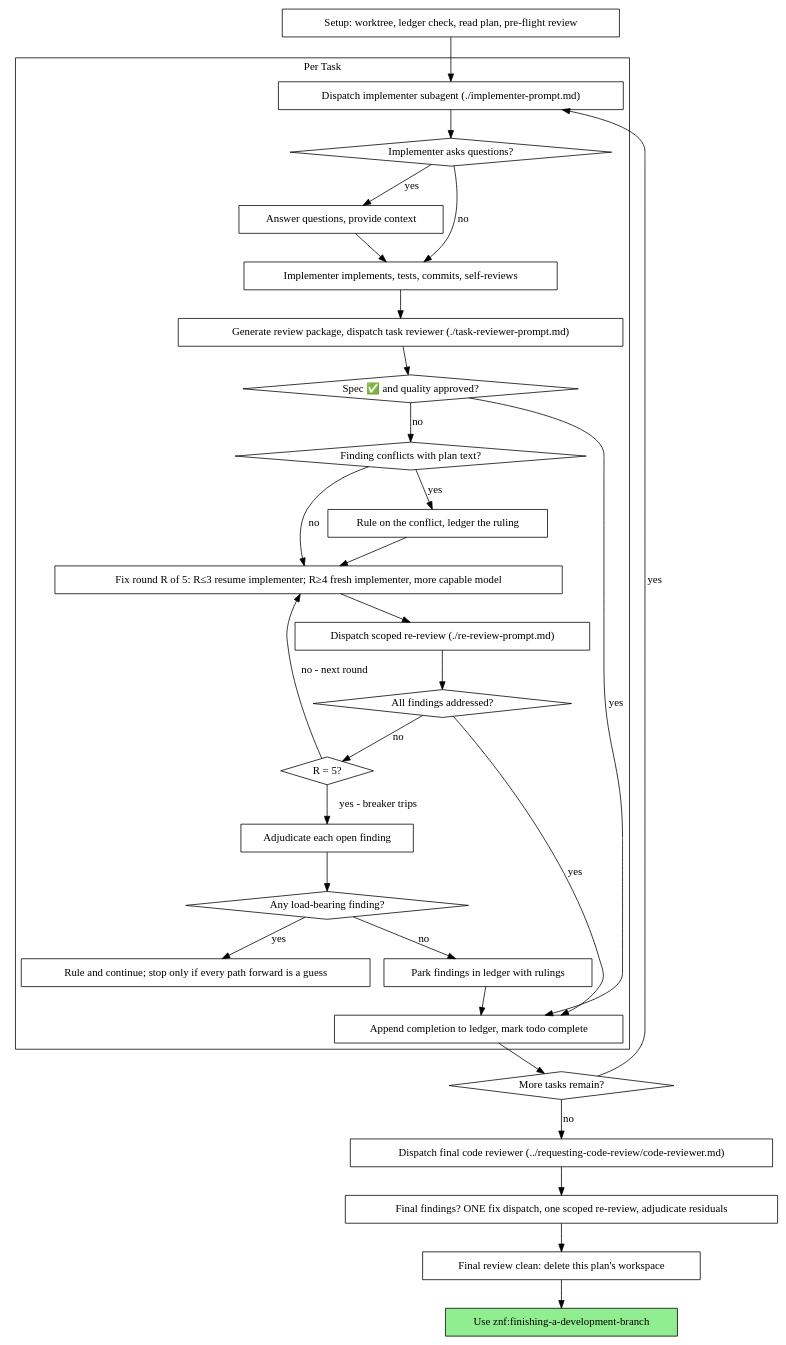
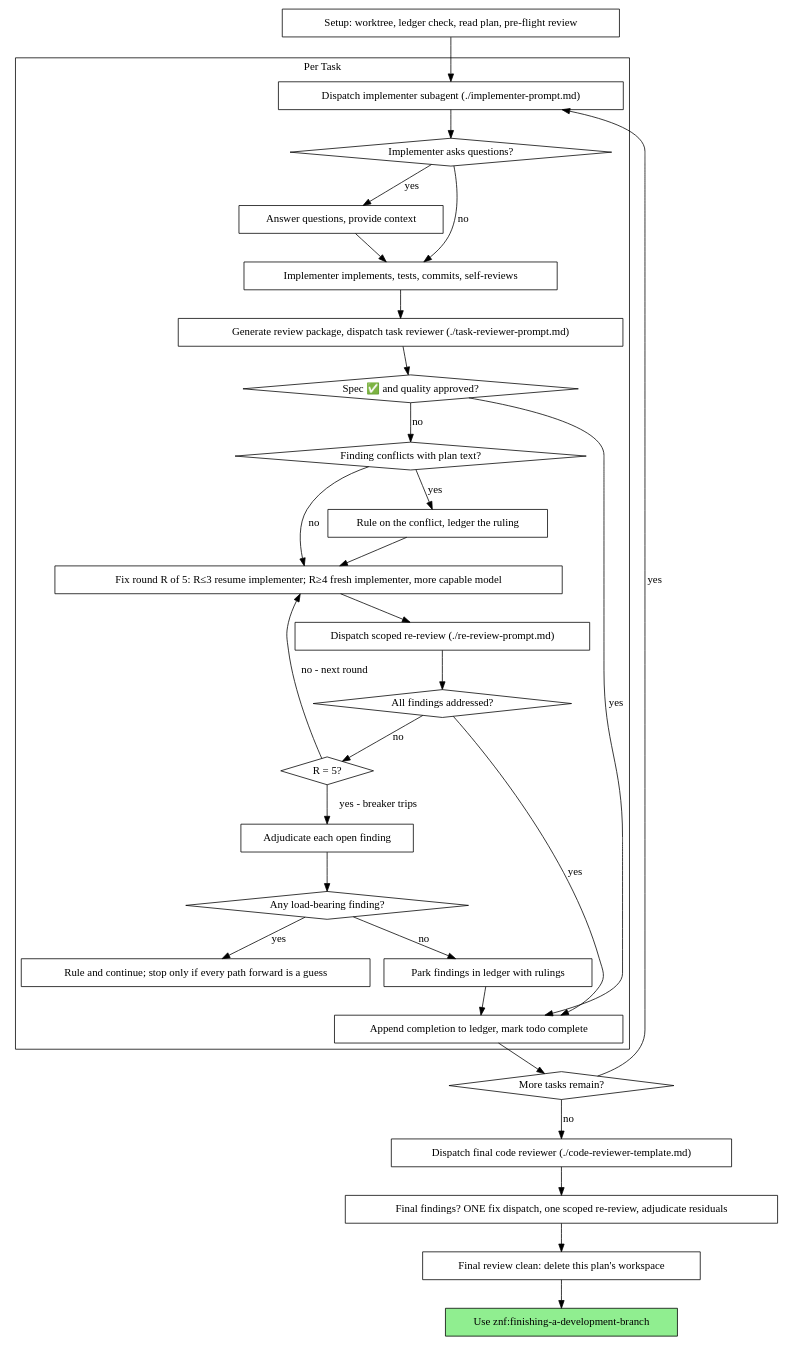
The second of 2 diagrams in internal/plugin/assets/znf/skills/subagent-driven-development/references/diagrams.md (ZenifyAIContactCenter/zenify-kit), drawn with Graphviz before and after one commit. The commit also changed 30 other files, not shown here.

Commit message:
refactor(plugin): unship 7 generic skills; code-reviewer template moves into subagent-driven-development

````diff
--- a/internal/plugin/assets/znf/skills/subagent-driven-development/references/diagrams.md
+++ b/internal/plugin/assets/znf/skills/subagent-driven-development/references/diagrams.md
@@ -33,62 +33,62 @@
 ```dot
 digraph process {
     rankdir=TB;
 
     subgraph cluster_per_task {
         label="Per Task";
         "Dispatch implementer subagent (./implementer-prompt.md)" [shape=box];
         "Implementer asks questions?" [shape=diamond];
         "Answer questions, provide context" [shape=box];
         "Implementer implements, tests, commits, self-reviews" [shape=box];
         "Generate review package, dispatch task reviewer (./task-reviewer-prompt.md)" [shape=box];
         "Spec ✅ and quality approved?" [shape=diamond];
         "Finding conflicts with plan text?" [shape=diamond];
         "Rule on the conflict, ledger the ruling" [shape=box];
         "Fix round R of 5: R≤3 resume implementer; R≥4 fresh implementer, more capable model" [shape=box];
         "Dispatch scoped re-review (./re-review-prompt.md)" [shape=box];
         "All findings addressed?" [shape=diamond];
         "R = 5?" [shape=diamond];
         "Adjudicate each open finding" [shape=box];
         "Any load-bearing finding?" [shape=diamond];
         "Rule and continue; stop only if every path forward is a guess" [shape=box];
         "Park findings in ledger with rulings" [shape=box];
         "Append completion to ledger, mark todo complete" [shape=box];
     }
 
     "Setup: worktree, ledger check, read plan, pre-flight review" [shape=box];
     "More tasks remain?" [shape=diamond];
-    "Dispatch final code reviewer (../requesting-code-review/code-reviewer.md)" [shape=box];
+    "Dispatch final code reviewer (./code-reviewer-template.md)" [shape=box];
     "Final findings? ONE fix dispatch, one scoped re-review, adjudicate residuals" [shape=box];
     "Final review clean: delete this plan's workspace" [shape=box];
     "Use znf:finishing-a-development-branch" [shape=box style=filled fillcolor=lightgreen];
 
     "Setup: worktree, ledger check, read plan, pre-flight review" -> "Dispatch implementer subagent (./implementer-prompt.md)";
     "Dispatch implementer subagent (./implementer-prompt.md)" -> "Implementer asks questions?";
     "Implementer asks questions?" -> "Answer questions, provide context" [label="yes"];
     "Answer questions, provide context" -> "Implementer implements, tests, commits, self-reviews";
     "Implementer asks questions?" -> "Implementer implements, tests, commits, self-reviews" [label="no"];
     "Implementer implements, tests, commits, self-reviews" -> "Generate review package, dispatch task reviewer (./task-reviewer-prompt.md)";
     "Generate review package, dispatch task reviewer (./task-reviewer-prompt.md)" -> "Spec ✅ and quality approved?";
     "Spec ✅ and quality approved?" -> "Append completion to ledger, mark todo complete" [label="yes"];
     "Spec ✅ and quality approved?" -> "Finding conflicts with plan text?" [label="no"];
     "Finding conflicts with plan text?" -> "Rule on the conflict, ledger the ruling" [label="yes"];
     "Rule on the conflict, ledger the ruling" -> "Fix round R of 5: R≤3 resume implementer; R≥4 fresh implementer, more capable model";
     "Finding conflicts with plan text?" -> "Fix round R of 5: R≤3 resume implementer; R≥4 fresh implementer, more capable model" [label="no"];
     "Fix round R of 5: R≤3 resume implementer; R≥4 fresh implementer, more capable model" -> "Dispatch scoped re-review (./re-review-prompt.md)";
     "Dispatch scoped re-review (./re-review-prompt.md)" -> "All findings addressed?";
     "All findings addressed?" -> "Append completion to ledger, mark todo complete" [label="yes"];
     "All findings addressed?" -> "R = 5?" [label="no"];
     "R = 5?" -> "Fix round R of 5: R≤3 resume implementer; R≥4 fresh implementer, more capable model" [label="no - next round"];
     "R = 5?" -> "Adjudicate each open finding" [label="yes - breaker trips"];
     "Adjudicate each open finding" -> "Any load-bearing finding?";
     "Any load-bearing finding?" -> "Rule and continue; stop only if every path forward is a guess" [label="yes"];
     "Any load-bearing finding?" -> "Park findings in ledger with rulings" [label="no"];
     "Park findings in ledger with rulings" -> "Append completion to ledger, mark todo complete";
     "Append completion to ledger, mark todo complete" -> "More tasks remain?";
     "More tasks remain?" -> "Dispatch implementer subagent (./implementer-prompt.md)" [label="yes"];
-    "More tasks remain?" -> "Dispatch final code reviewer (../requesting-code-review/code-reviewer.md)" [label="no"];
-    "Dispatch final code reviewer (../requesting-code-review/code-reviewer.md)" -> "Final findings? ONE fix dispatch, one scoped re-review, adjudicate residuals";
+    "More tasks remain?" -> "Dispatch final code reviewer (./code-reviewer-template.md)" [label="no"];
+    "Dispatch final code reviewer (./code-reviewer-template.md)" -> "Final findings? ONE fix dispatch, one scoped re-review, adjudicate residuals";
     "Final findings? ONE fix dispatch, one scoped re-review, adjudicate residuals" -> "Final review clean: delete this plan's workspace";
     "Final review clean: delete this plan's workspace" -> "Use znf:finishing-a-development-branch";
 }
 ```
````
